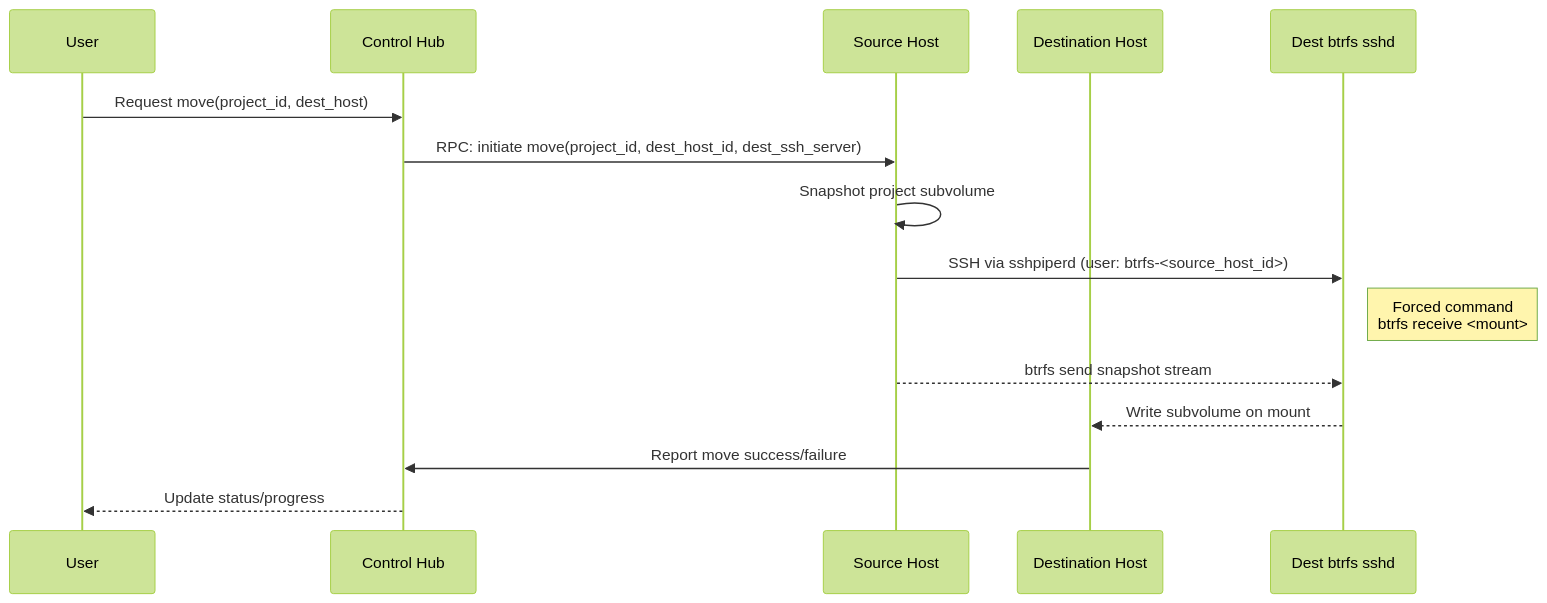
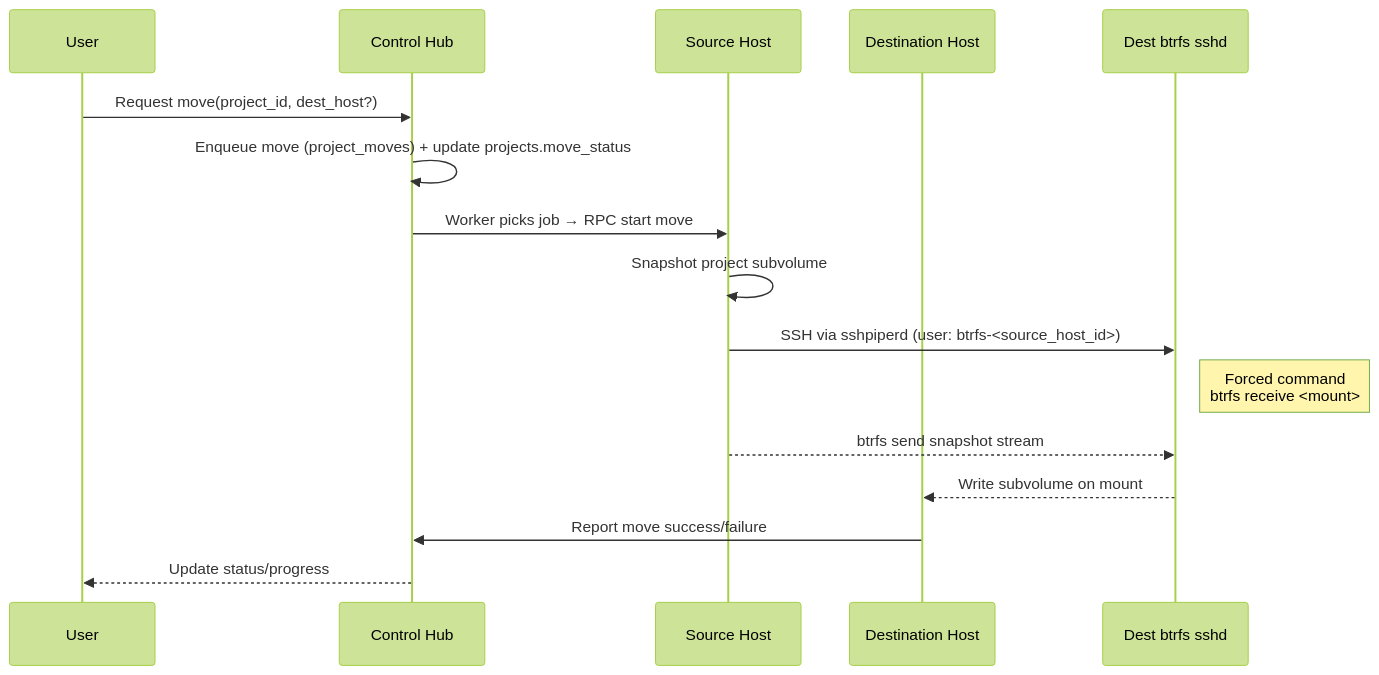
One commit to sagemathinc/cocalc changed the first of 2 diagrams in docs/project-move.md. Above: the diagram before and after it, drawn with Mermaid (forest theme). The commit also changed other lines of this file and 6 other files, not shown here.

Commit message:
wip: moving projects between project-hosts: implement central hub coordinator

````diff
--- a/docs/project-move.md
+++ b/docs/project-move.md
@@ -5,18 +5,19 @@
 ```mermaid
 sequenceDiagram
     participant User
     participant Hub as Control Hub
     participant Src as Source Host
     participant Dest as Destination Host
     participant DestSSH as Dest btrfs sshd
 
-    User->>Hub: Request move(project_id, dest_host)
-    Hub->>Src: RPC: initiate move(project_id, dest_host_id, dest_ssh_server)
+    User->>Hub: Request move(project_id, dest_host?)
+    Hub->>Hub: Enqueue move (project_moves) + update projects.move_status
+    Hub->>Src: Worker picks job → RPC start move
     Src->>Src: Snapshot project subvolume
     Src->>DestSSH: SSH via sshpiperd (user: btrfs-<source_host_id>)
     note right of DestSSH: Forced command<br/>btrfs receive <mount>
     Src-->>DestSSH: btrfs send snapshot stream
     DestSSH-->>Dest: Write subvolume on mount
     Dest->>Hub: Report move success/failure
     Hub-->>User: Update status/progress
 ```
````
